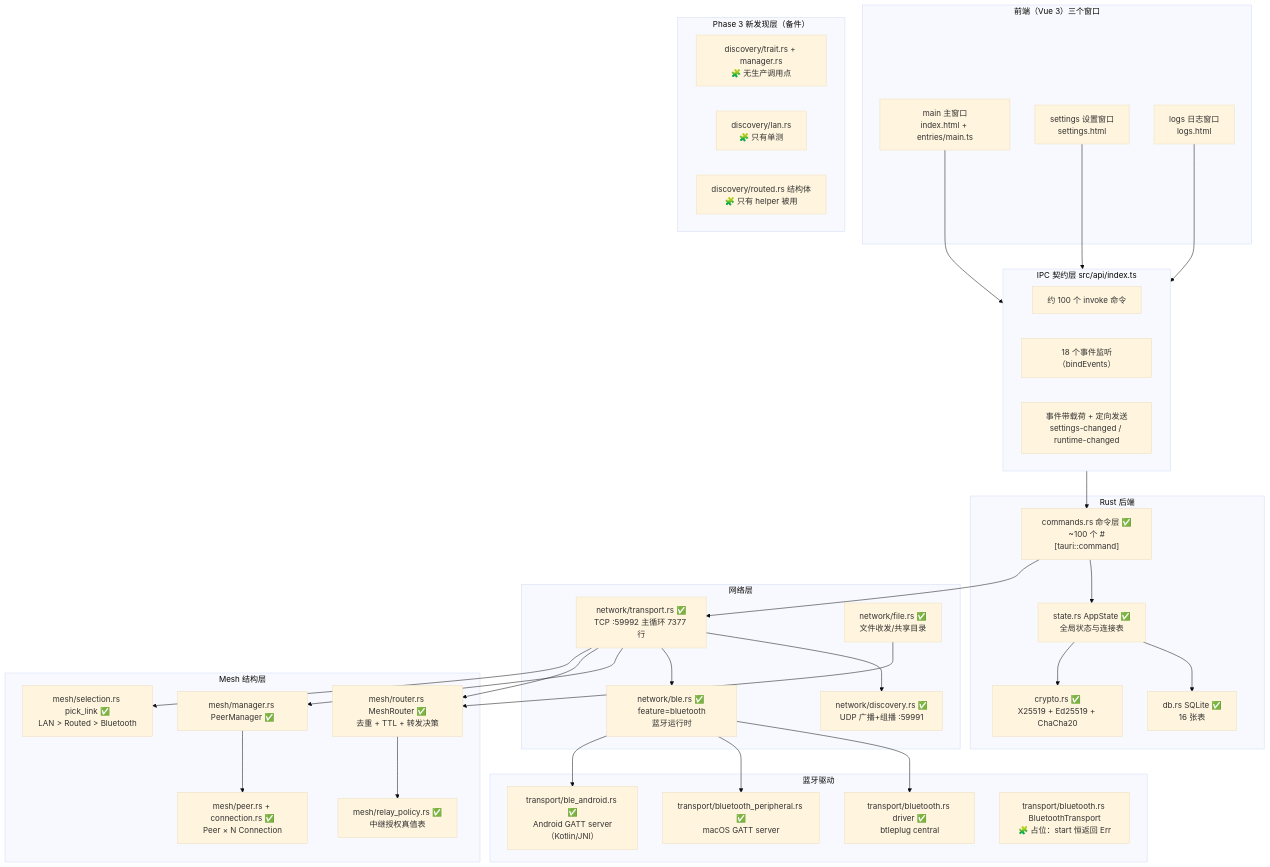
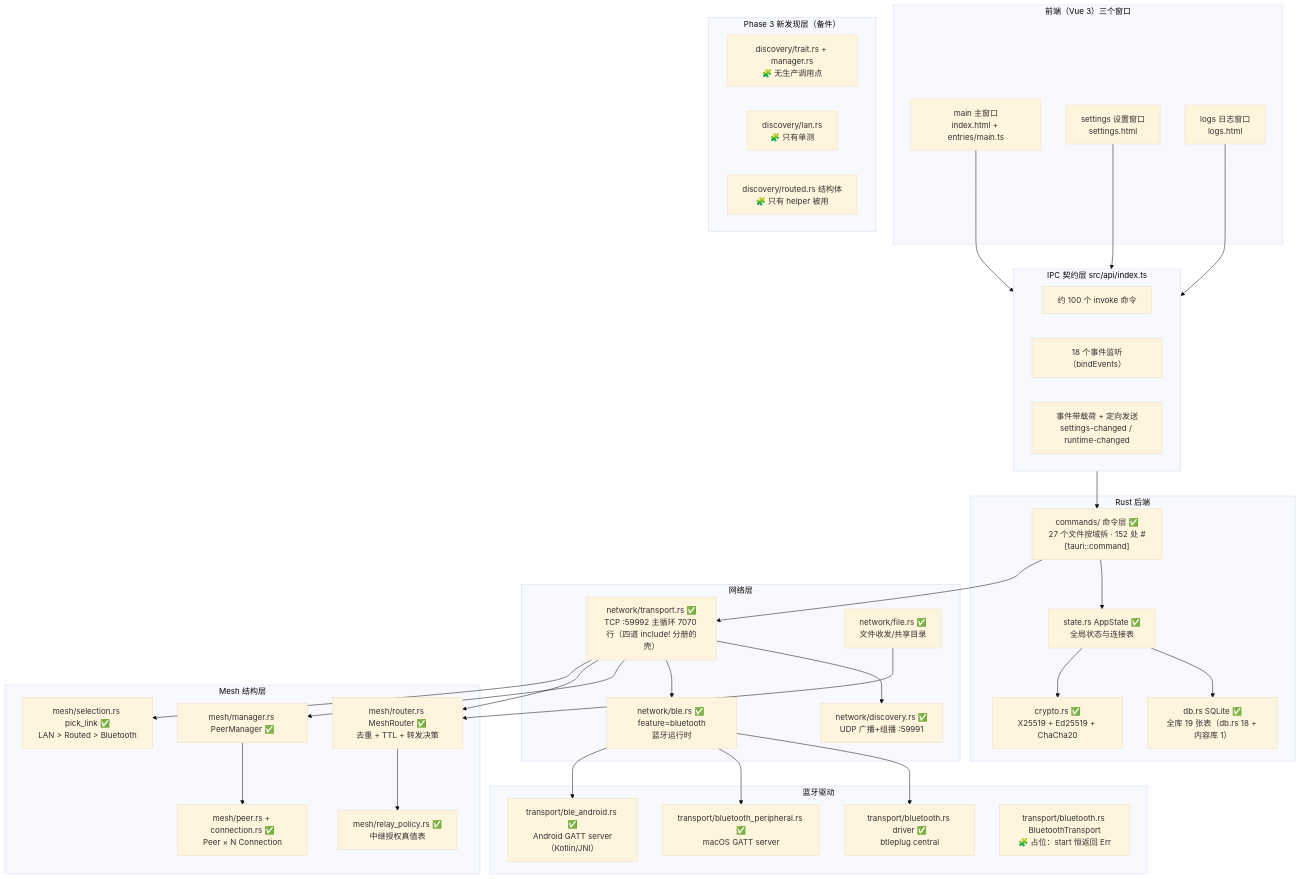
The second of 5 diagrams in docs/ARCHITECTURE-EXPLAINED.md (fwd001/gosslan), drawn with Mermaid (base theme) before and after one commit. The commit also changed other lines of this file and 2 other files, not shown here.

First line of the commit message:
docs(explained): 图 D/图 E 三处旧数按现读改口 —— 表数 16 → 19，并把每个数挂上复跑命令 [plan]

````diff
--- a/docs/ARCHITECTURE-EXPLAINED.md
+++ b/docs/ARCHITECTURE-EXPLAINED.md
@@ -157,69 +157,69 @@
 ```mermaid
 flowchart TD
     subgraph UI["前端（Vue 3）三个窗口"]
         W1["main 主窗口<br/>index.html + entries/main.ts"]
         W2["settings 设置窗口<br/>settings.html"]
         W3["logs 日志窗口<br/>logs.html"]
     end
 
     subgraph API["IPC 契约层 src/api/index.ts"]
         A1["约 100 个 invoke 命令"]
         A2["18 个事件监听（bindEvents）"]
         A3["事件带载荷 + 定向发送<br/>settings-changed / runtime-changed"]
     end
 
     subgraph RUST["Rust 后端"]
-        S1["commands.rs 命令层 ✅<br/>~100 个 #[tauri::command]"]
+        S1["commands/ 命令层 ✅<br/>27 个文件按域拆 · 152 处 #[tauri::command]"]
         S2["state.rs AppState ✅<br/>全局状态与连接表"]
-        S3["db.rs SQLite ✅<br/>16 张表"]
+        S3["db.rs SQLite ✅<br/>全库 19 张表（db.rs 18 + 内容库 1）"]
         S4["crypto.rs ✅<br/>X25519 + Ed25519 + ChaCha20"]
     end
 
     subgraph NET["网络层"]
         N1["network/discovery.rs ✅<br/>UDP 广播+组播 :59991"]
-        N2["network/transport.rs ✅<br/>TCP :59992 主循环 7377 行"]
+        N2["network/transport.rs ✅<br/>TCP :59992 主循环 7070 行（四道 include! 分册的壳）"]
         N3["network/ble.rs ✅ feature=bluetooth<br/>蓝牙运行时"]
         N4["network/file.rs ✅<br/>文件收发/共享目录"]
     end
 
     subgraph MESH["Mesh 结构层"]
         M1["mesh/peer.rs + connection.rs ✅<br/>Peer × N Connection"]
         M2["mesh/manager.rs PeerManager ✅"]
         M3["mesh/router.rs MeshRouter ✅<br/>去重 + TTL + 转发决策"]
         M4["mesh/selection.rs pick_link ✅<br/>LAN &gt; Routed &gt; Bluetooth"]
         M5["mesh/relay_policy.rs ✅<br/>中继授权真值表"]
     end
 
     subgraph PHASE3["Phase 3 新发现层（备件）"]
         P1["discovery/trait.rs + manager.rs<br/>🧩 无生产调用点"]
         P2["discovery/lan.rs<br/>🧩 只有单测"]
         P3["discovery/routed.rs 结构体<br/>🧩 只有 helper 被用"]
     end
 
     subgraph BLE["蓝牙驱动"]
         B1["transport/bluetooth.rs driver ✅<br/>btleplug central"]
         B2["transport/bluetooth_peripheral.rs ✅<br/>macOS GATT server"]
         B3["transport/ble_android.rs ✅<br/>Android GATT server（Kotlin/JNI）"]
         B4["transport/bluetooth.rs BluetoothTransport<br/>🧩 占位：start 恒返回 Err"]
     end
 
     W1 --> API
     W2 --> API
     W3 --> API
     API --> S1
     S1 --> S2
     S2 --> S3
     S2 --> S4
     S1 --> N2
     N2 --> N1
     N2 --> N3
     N2 --> M2
     N2 --> M3
     N2 --> M4
     N3 --> B1
     N3 --> B2
     N3 --> B3
     M2 --> M1
     M3 --> M5
     N4 --> M3
 ```
````
